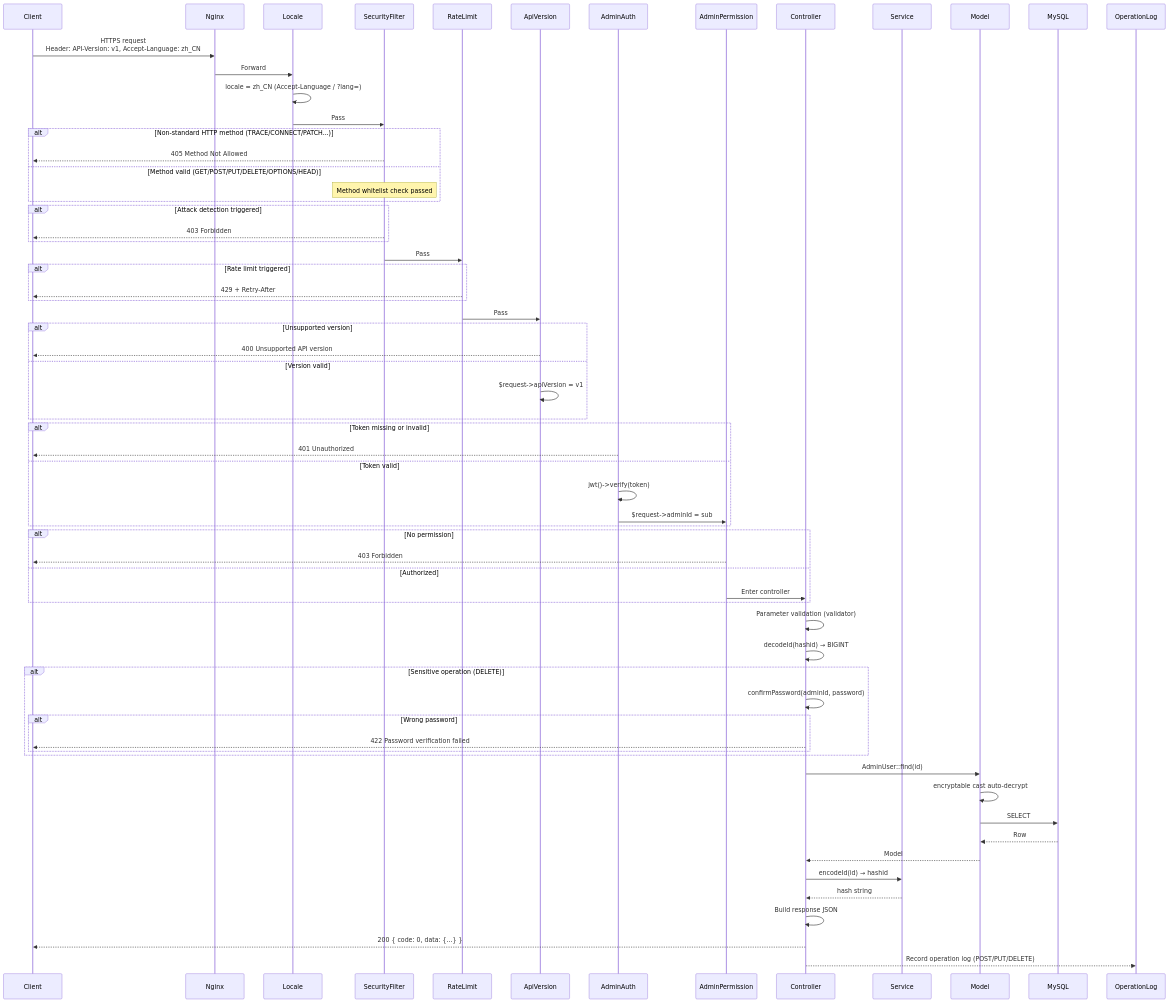
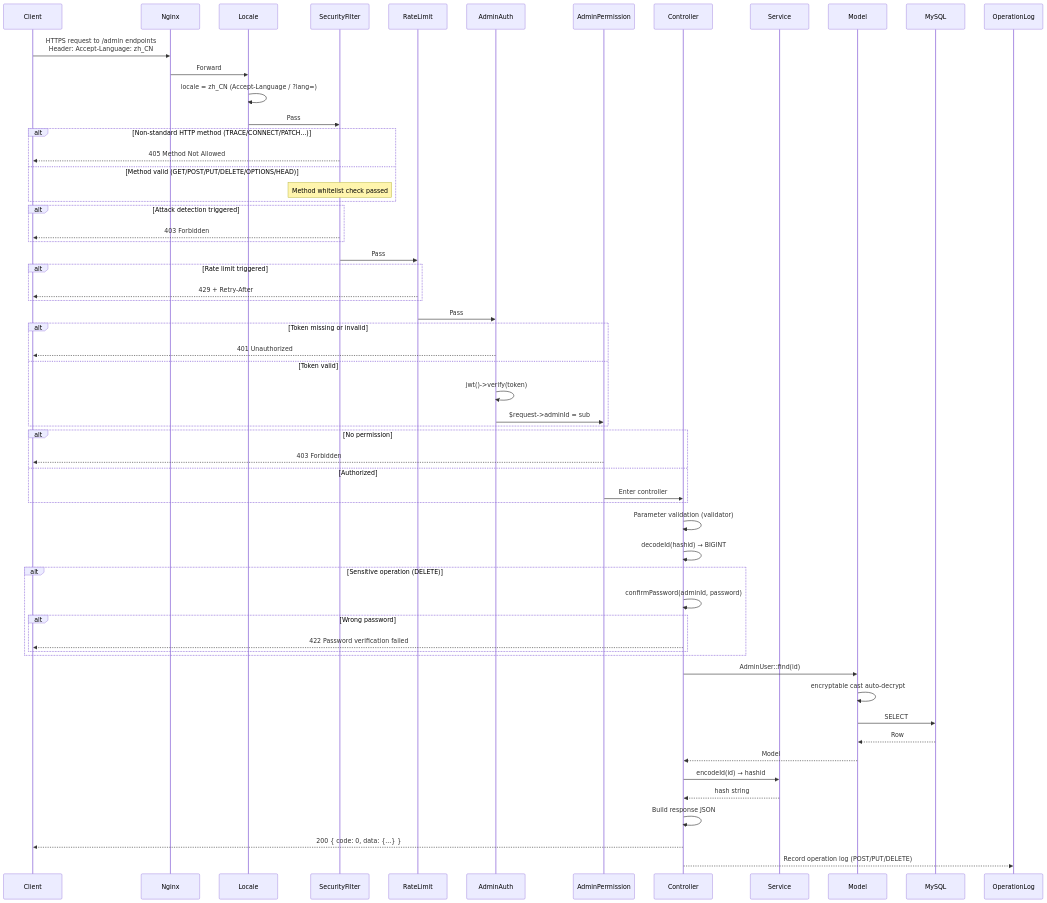
The third of 14 diagrams in docs/ARCHITECTURE.en.md (erikwang2013/open-admin), drawn with Mermaid before and after one commit. The commit also changed other lines of this file and 118 other files, not shown here.

````diff
--- a/docs/ARCHITECTURE.en.md
+++ b/docs/ARCHITECTURE.en.md
@@ -147,82 +142,75 @@
 ```mermaid
 sequenceDiagram
     participant C as Client
     participant N as Nginx
     participant MW_LOC as Locale
     participant MW_SF as SecurityFilter
     participant MW_RL as RateLimit
-    participant MW0 as ApiVersion
     participant MW1 as AdminAuth
     participant MW2 as AdminPermission
     participant CTL as Controller
     participant SVC as Service
     participant MDL as Model
     participant DB as MySQL
     participant OPLOG as OperationLog
 
-    C->>N: HTTPS request<br/>Header: API-Version: v1, Accept-Language: zh_CN
+    C->>N: HTTPS request to /admin endpoints<br/>Header: Accept-Language: zh_CN
     N->>MW_LOC: Forward
 
     MW_LOC->>MW_LOC: locale = zh_CN (Accept-Language / ?lang=)
     MW_LOC->>MW_SF: Pass
 
     alt Non-standard HTTP method (TRACE/CONNECT/PATCH...)
         MW_SF-->>C: 405 Method Not Allowed
     else Method valid (GET/POST/PUT/DELETE/OPTIONS/HEAD)
         Note over MW_SF: Method whitelist check passed
     end
 
     alt Attack detection triggered
         MW_SF-->>C: 403 Forbidden
     end
 
     MW_SF->>MW_RL: Pass
 
     alt Rate limit triggered
         MW_RL-->>C: 429 + Retry-After
     end
 
-    MW_RL->>MW0: Pass
-
-    alt Unsupported version
-        MW0-->>C: 400 Unsupported API version
-    else Version valid
-        MW0->>MW0: $request->apiVersion = v1
-    end
+    MW_RL->>MW1: Pass
 
     alt Token missing or invalid
         MW1-->>C: 401 Unauthorized
     else Token valid
         MW1->>MW1: jwt()->verify(token)
         MW1->>MW2: $request->adminId = sub
     end
 
     alt No permission
         MW2-->>C: 403 Forbidden
     else Authorized
         MW2->>CTL: Enter controller
     end
 
     CTL->>CTL: Parameter validation (validator)
     CTL->>CTL: decodeId(hashid) → BIGINT
 
     alt Sensitive operation (DELETE)
         CTL->>CTL: confirmPassword(adminId, password)
         alt Wrong password
             CTL-->>C: 422 Password verification failed
         end
     end
 
     CTL->>MDL: AdminUser::find(id)
     MDL->>MDL: encryptable cast auto-decrypt
     MDL->>DB: SELECT
     DB-->>MDL: Row
     MDL-->>CTL: Model
 
     CTL->>SVC: encodeId(id) → hashid
     SVC-->>CTL: hash string
 
     CTL->>CTL: Build response JSON
     CTL-->>C: 200 { code: 0, data: {...} }
     CTL-->>OPLOG: Record operation log (POST/PUT/DELETE)
 ```
````
